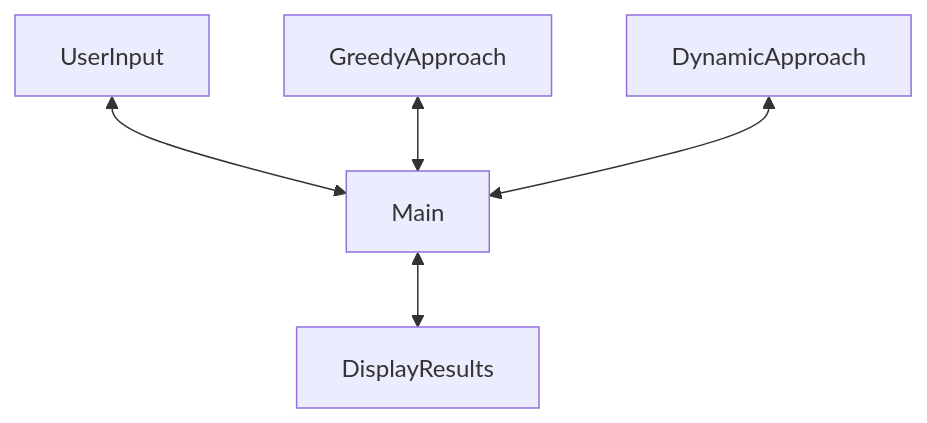
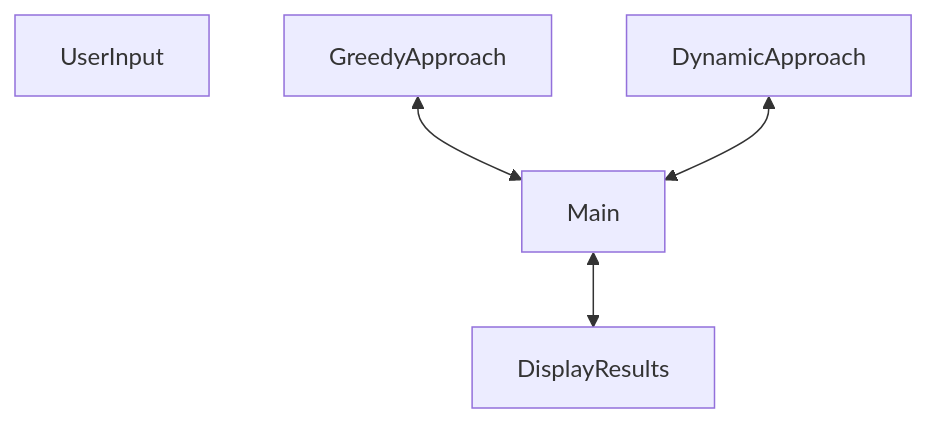
The diagram in README.md (SamHammami/COMP318_Proj3), drawn with Mermaid before and after one commit.

Commit message:
saturday update 11:28pm README

````diff
--- a/README.md
+++ b/README.md
@@ -25,7 +25,7 @@
  ```mermaid
 graph TD;
-    UserInput<-->Main;
+    UserInput;
     GreedyApproach<-->Main;
     DynamicApproach<-->Main;
     Main<-->DisplayResults;
 ```
````
